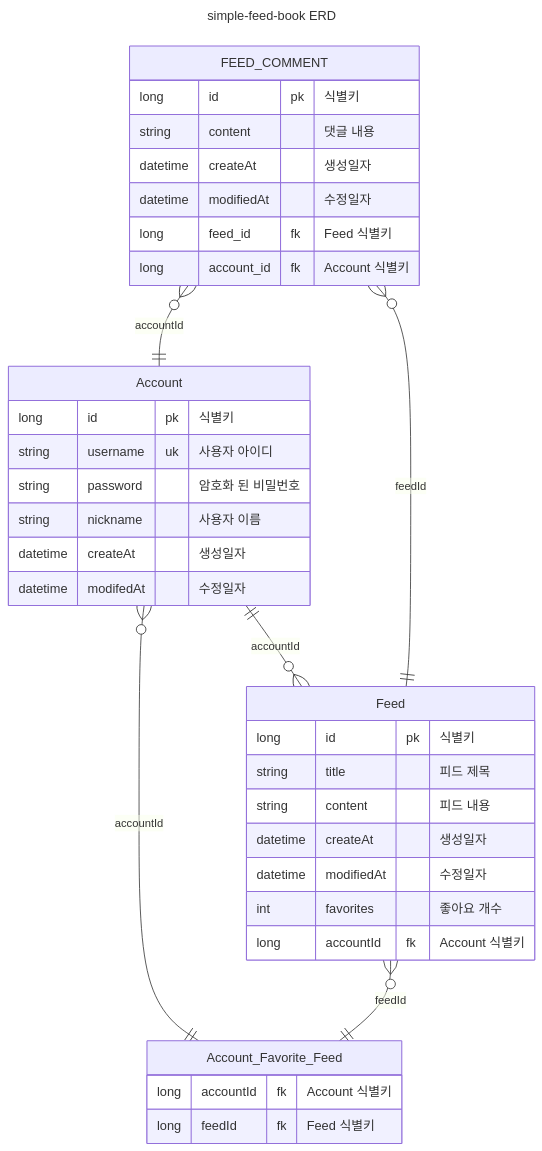
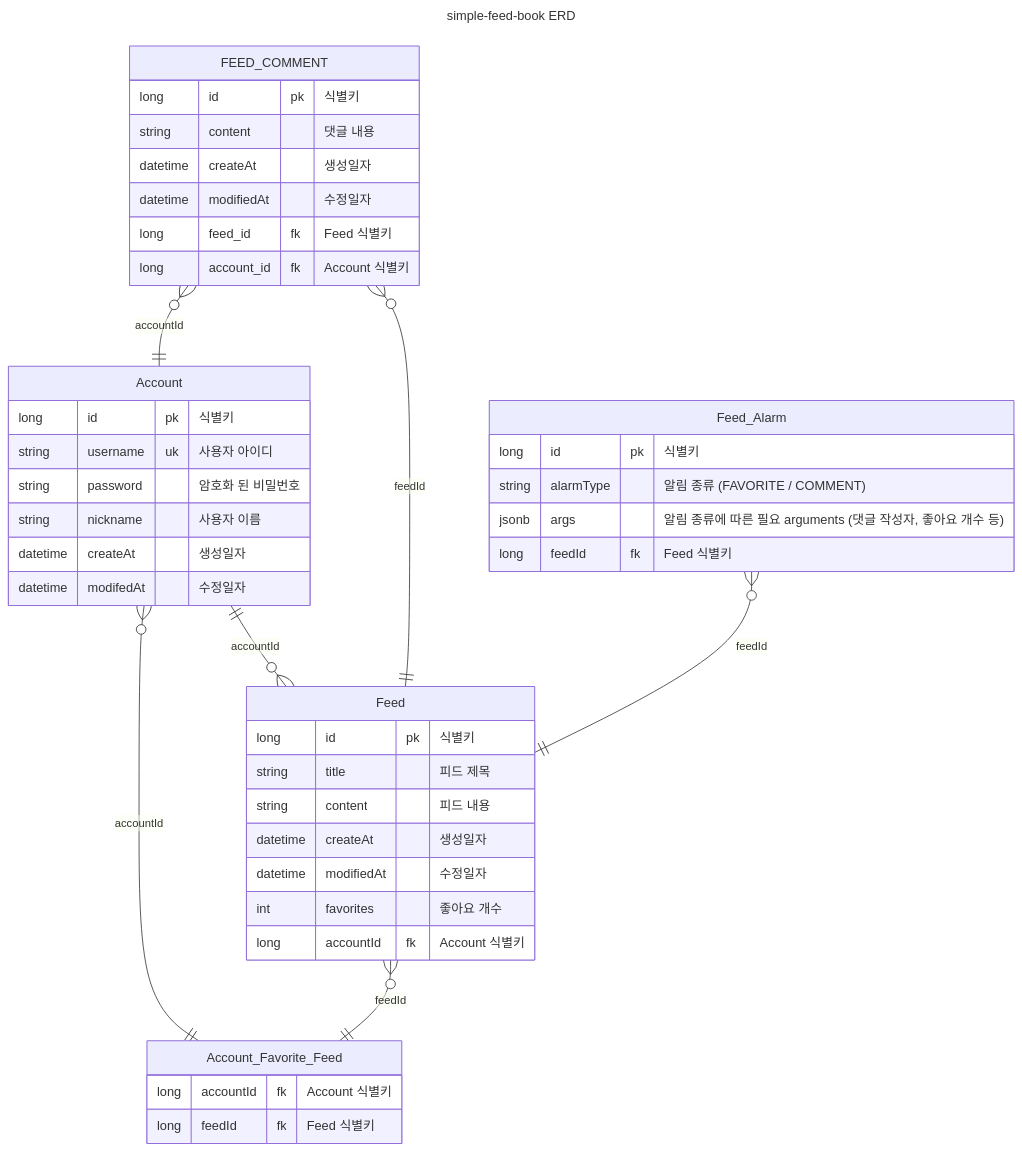
The tenth of 10 diagrams in README.md (GuardJo/simple-feed-book), drawn with Mermaid before and after one commit.

Commit message:
#43 알림 관련 테이블 설계
- feed_alarm 테이블 및 연관관계 설계
- 관련 ERD 추가

````diff
--- a/README.md
+++ b/README.md
@@ -213,43 +213,52 @@
 ```mermaid
 ---
 title : simple-feed-book ERD
 ---
 erDiagram
-Account {
-    long id pk "식별키"
-    string username uk "사용자 아이디"
-    string password "암호화 된 비밀번호"
-    string nickname "사용자 이름"
-    datetime createAt "생성일자"
-    datetime modifedAt "수정일자"
+  Account {
+long id pk "식별키"
+string username uk "사용자 아이디"
+string password "암호화 된 비밀번호"
+string nickname "사용자 이름"
+datetime createAt "생성일자"
+datetime modifedAt "수정일자"
 }
 Feed {
-    long id pk "식별키"
-    string title "피드 제목"
-    string content "피드 내용"
-    datetime createAt "생성일자"
-    datetime modifiedAt "수정일자"
-    int favorites "좋아요 개수"
-    long accountId fk "Account 식별키"
+long id pk "식별키"
+string title "피드 제목"
+string content "피드 내용"
+datetime createAt "생성일자"
+datetime modifiedAt "수정일자"
+int favorites "좋아요 개수"
+long accountId fk "Account 식별키"
 }
 Account_Favorite_Feed {
-    long accountId fk "Account 식별키"
-    long feedId fk "Feed 식별키"
+long accountId fk "Account 식별키"
+long feedId fk "Feed 식별키"
 }
 
 FEED_COMMENT {
-    long id pk "식별키"
-    string content "댓글 내용"
-    datetime createAt "생성일자"
-    datetime modifiedAt "수정일자"
-    long feed_id fk "Feed 식별키"
-    long account_id fk "Account 식별키"
+long id pk "식별키"
+string content "댓글 내용"
+datetime createAt "생성일자"
+datetime modifiedAt "수정일자"
+long feed_id fk "Feed 식별키"
+long account_id fk "Account 식별키"
+}
+
+Feed_Alarm {
+long id pk "식별키"
+string alarmType "알림 종류 (FAVORITE / COMMENT)"
+jsonb args "알림 종류에 따른 필요 arguments (댓글 작성자, 좋아요 개수 등)"
+long feedId fk "Feed 식별키"
 }
 
 Account ||--o{ Feed : accountId
 Account o{--|| Account_Favorite_Feed : accountId
 Feed o{--|| Account_Favorite_Feed : feedId
 
 FEED_COMMENT o{--|| Feed: feedId
 FEED_COMMENT o{--|| Account: accountId
+
+Feed_Alarm o{--|| Feed : feedId
 ```
````
